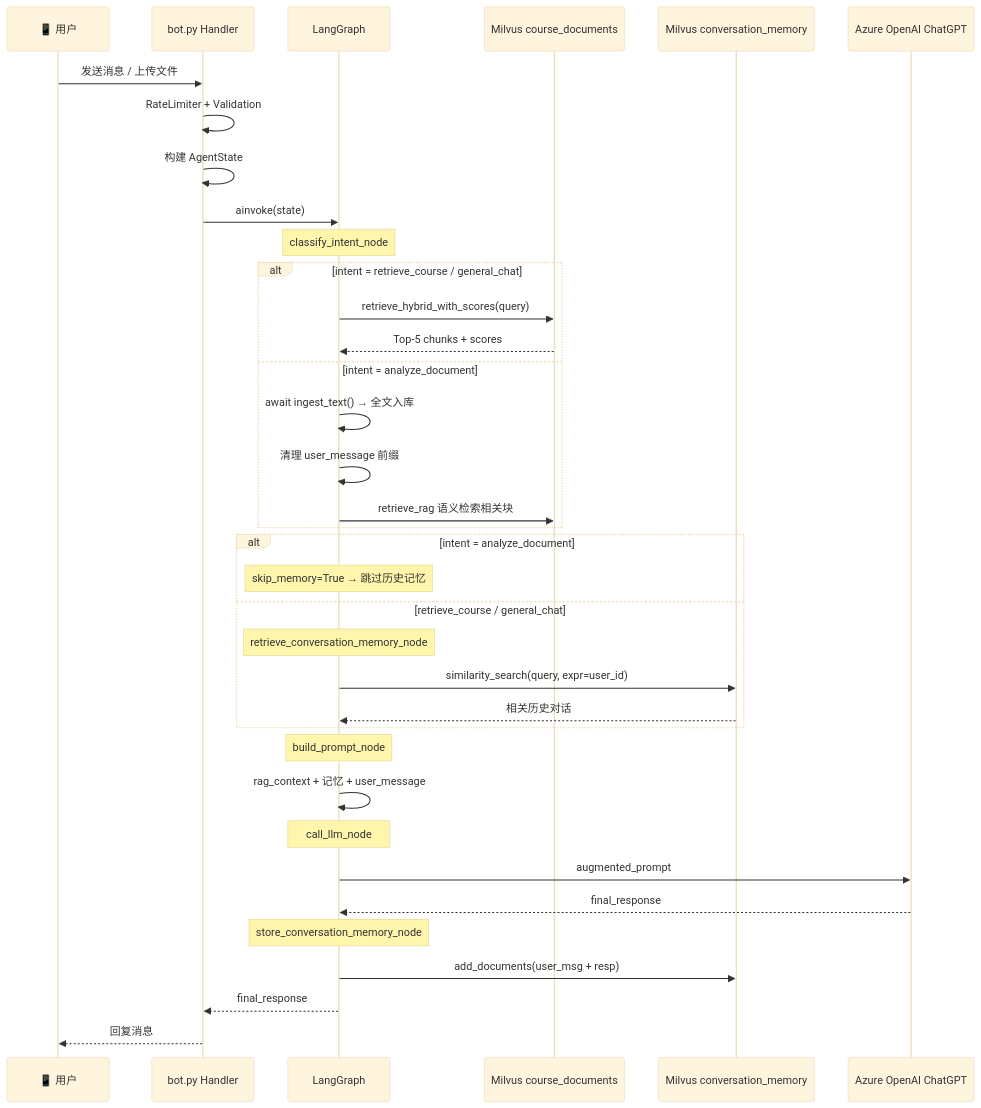
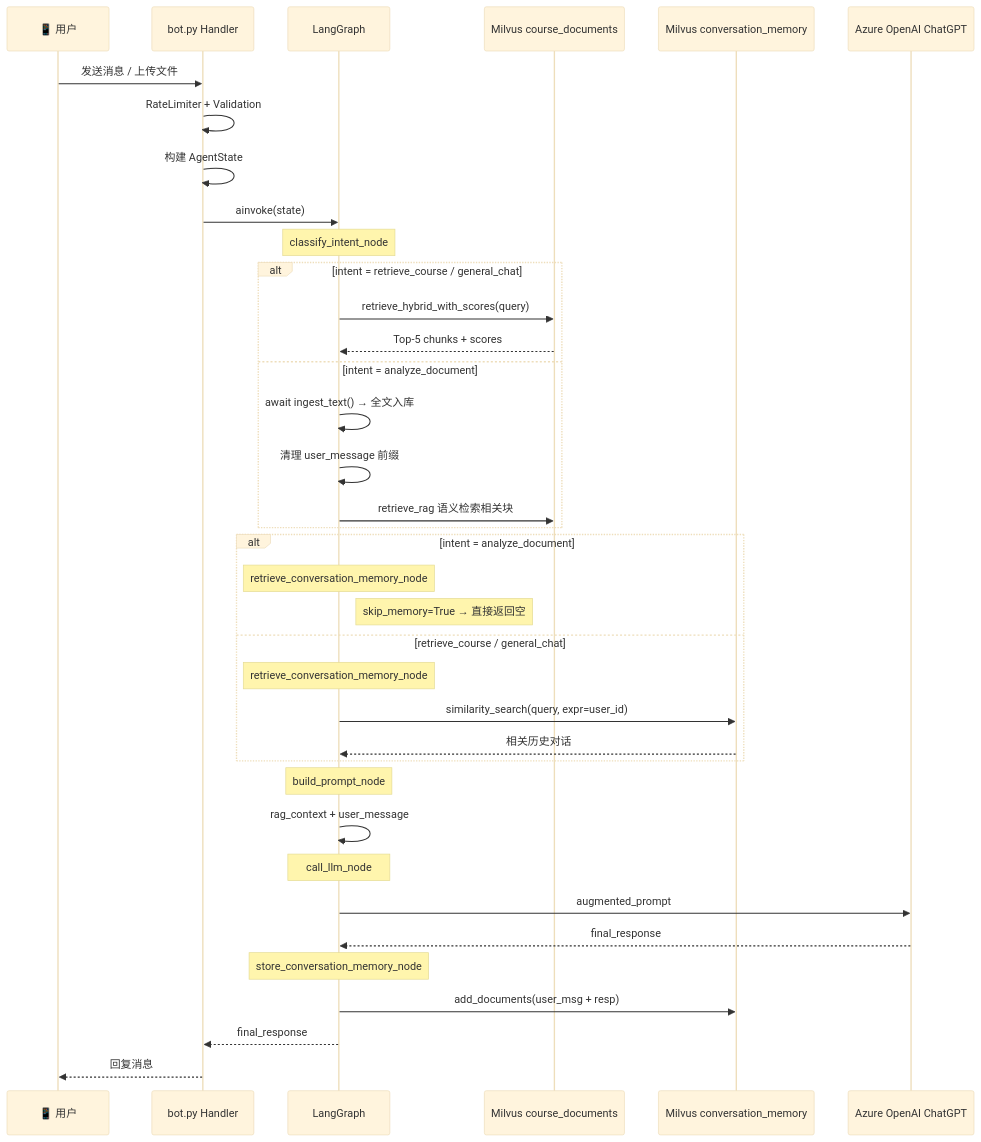
One commit to ravemelodic/Multi-functional_AI_Assistant changed the seventh of 9 diagrams in 流程图.md. Above: the diagram before and after it, drawn with Mermaid (base theme).

Commit message:
fix: 流程图 Section 7 整理 skip_memory 分支 + 移除冗余记忆箭头

````diff
--- a/流程图.md
+++ b/流程图.md
@@ -206,44 +206,45 @@
 ```mermaid
 sequenceDiagram
     participant User as 📱 用户
     participant Bot as bot.py Handler
     participant Graph as LangGraph
     participant Milvus_C as Milvus course_documents
     participant Milvus_M as Milvus conversation_memory
     participant LLM as Azure OpenAI ChatGPT
 
     User->>Bot: 发送消息 / 上传文件
     Bot->>Bot: RateLimiter + Validation
     Bot->>Bot: 构建 AgentState
     Bot->>Graph: ainvoke(state)
 
     Note over Graph: classify_intent_node
     alt intent = retrieve_course / general_chat
         Graph->>Milvus_C: retrieve_hybrid_with_scores(query)
         Milvus_C-->>Graph: Top-5 chunks + scores
     else intent = analyze_document
         Graph->>Graph: await ingest_text() → 全文入库
         Graph->>Graph: 清理 user_message 前缀
         Graph->>Milvus_C: retrieve_rag 语义检索相关块
     end
 
     alt intent = analyze_document
-        Note over Graph: skip_memory=True → 跳过历史记忆
+        Note over Graph: retrieve_conversation_memory_node
+        Note right of Graph: skip_memory=True → 直接返回空
     else retrieve_course / general_chat
         Note over Graph: retrieve_conversation_memory_node
         Graph->>Milvus_M: similarity_search(query, expr=user_id)
         Milvus_M-->>Graph: 相关历史对话
     end
 
     Note over Graph: build_prompt_node
-    Graph->>Graph: rag_context + 记忆 + user_message
+    Graph->>Graph: rag_context + user_message
     Note over Graph: call_llm_node
     Graph->>LLM: augmented_prompt
     LLM-->>Graph: final_response
 
     Note over Graph: store_conversation_memory_node
     Graph->>Milvus_M: add_documents(user_msg + resp)
 
     Graph-->>Bot: final_response
     Bot-->>User: 回复消息
 ```
````
